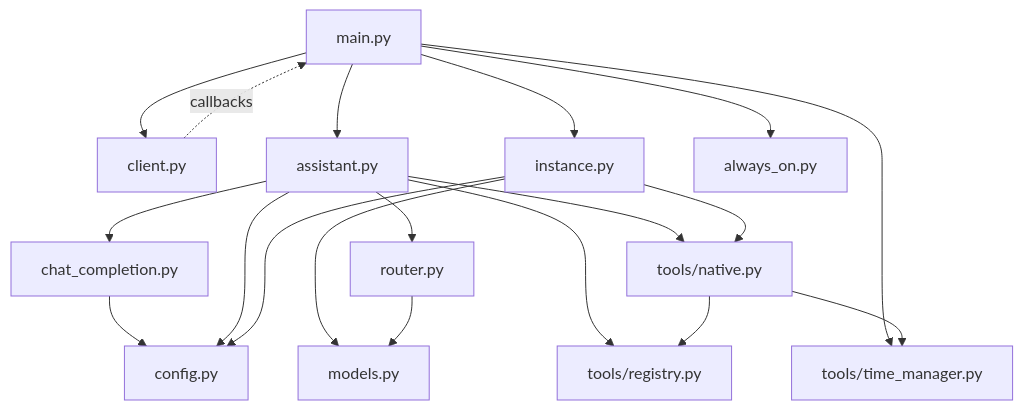
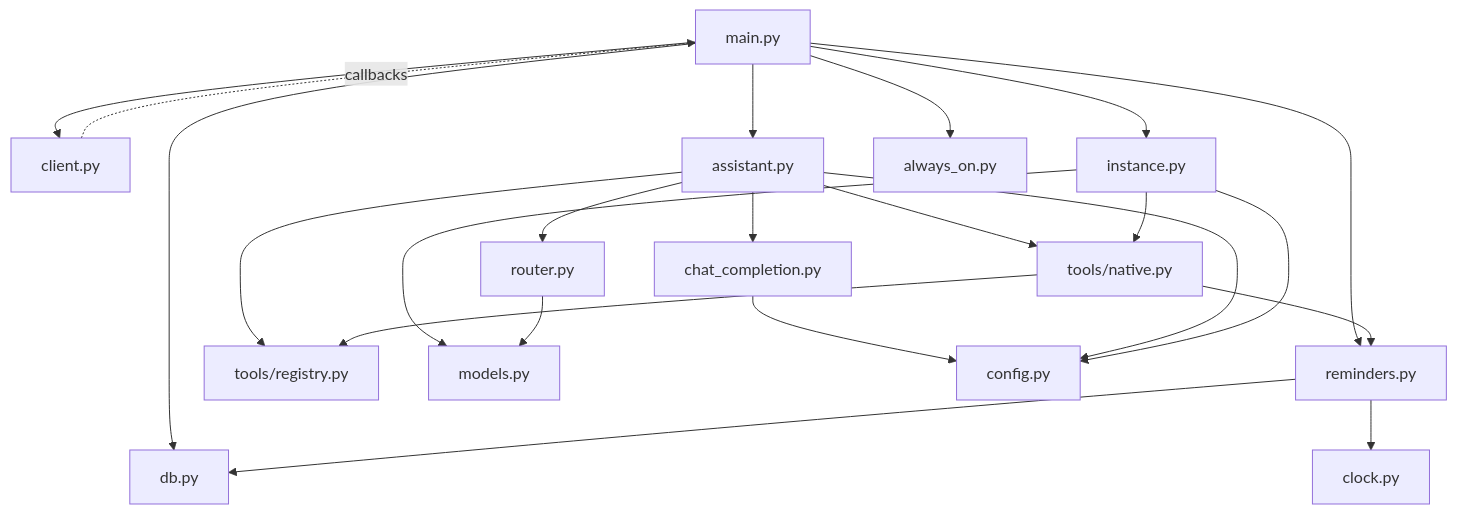
The first of 2 diagrams in docs/architecture.md (rayhan-nurdjaman/RotBot), drawn with Mermaid before and after one commit. The commit also changed other lines of this file and 17 other files, not shown here.

````diff
--- a/docs/architecture.md
+++ b/docs/architecture.md
@@ -28,21 +30,24 @@
 ```mermaid
 flowchart TD
     main[main.py] --> client[client.py]
     main --> assistant[assistant.py]
     main --> instance[instance.py]
     main --> always_on[always_on.py]
-    main --> time_manager[tools/time_manager.py]
+    main --> reminders[reminders.py]
+    main --> db[db.py]
+    reminders --> db
+    reminders --> clock[clock.py]
     client -. callbacks .-> main
     assistant --> chat_completion[chat_completion.py]
     assistant --> router[router.py]
     assistant --> registry[tools/registry.py]
     assistant --> native[tools/native.py]
     instance --> native
     native --> registry
-    native --> time_manager
+    native --> reminders
     instance --> models[models.py]
     router --> models
     chat_completion --> config[config.py]
     assistant --> config
     instance --> config
 ```
````
